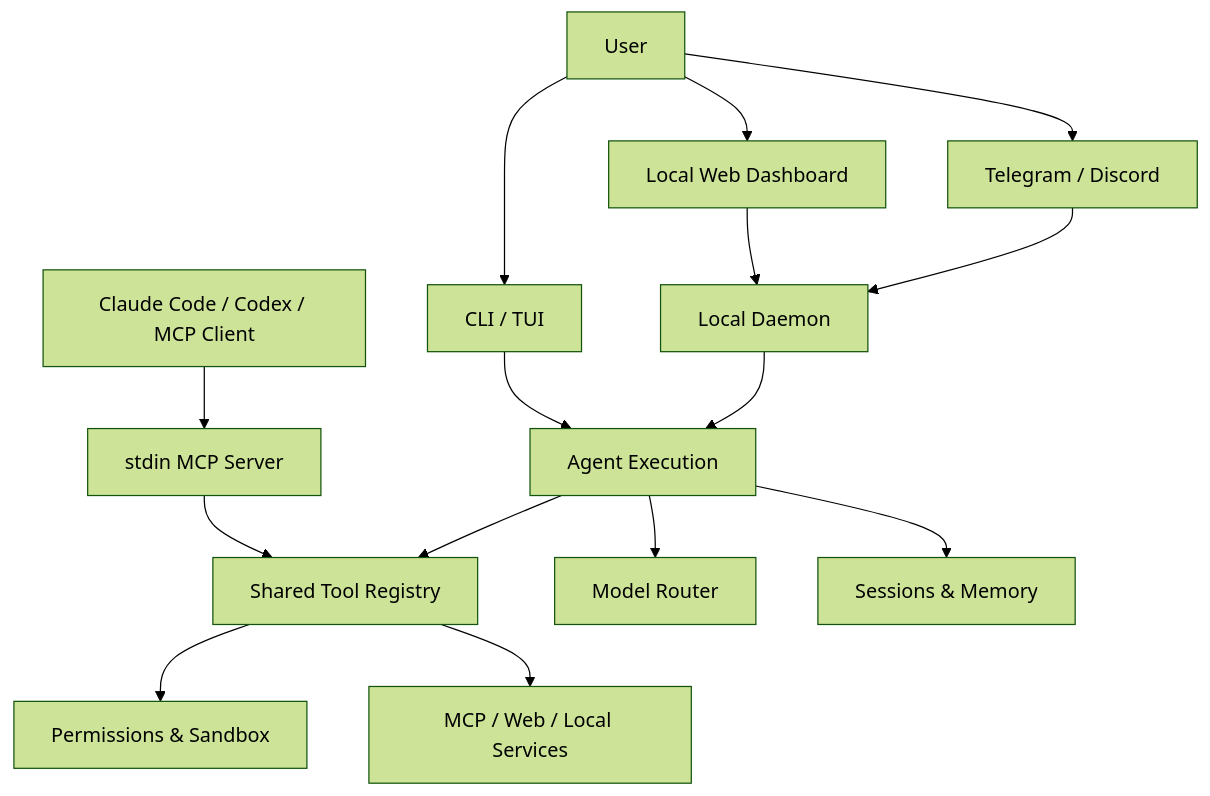
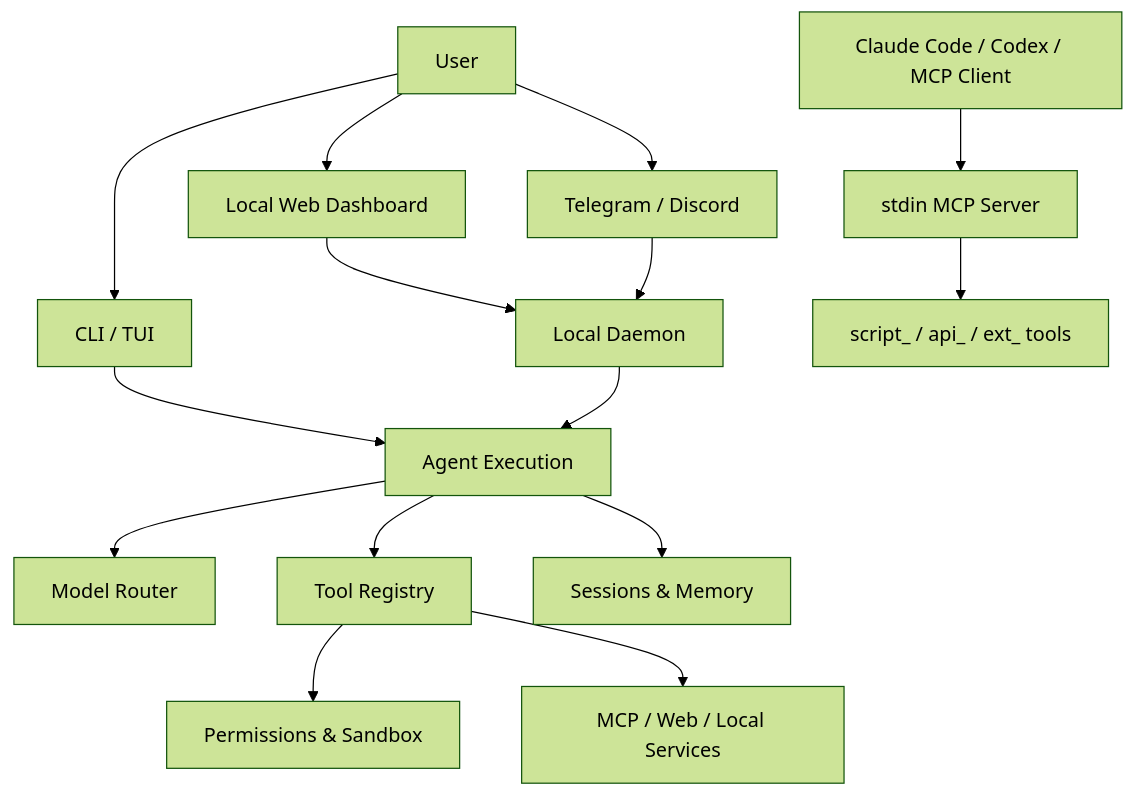
One commit to agenvoy/Agenvoy changed the first of 9 diagrams in doc/architecture.md. Above: the diagram before and after it, drawn with Mermaid (forest theme). The commit also changed other lines of this file and 3 other files, not shown here.

Commit message:
doc: Update architecture and runtime documentation

````diff
--- a/doc/architecture.md
+++ b/doc/architecture.md
@@ -9,17 +9,17 @@
 ```mermaid
 graph TB
     User[User] --> TUI[CLI / TUI]
     User --> Dashboard[Local Web Dashboard]
     User --> Channels[Telegram / Discord]
     Client[Claude Code / Codex / MCP Client] --> MCPServer[stdin MCP Server]
     TUI --> Exec[Agent Execution]
     Dashboard --> Daemon[Local Daemon]
     Channels --> Daemon
     Daemon --> Exec
-    MCPServer --> Tools[Shared Tool Registry]
+    MCPServer --> ToolBox[script_ / api_ / ext_ tools]
     Exec --> Router[Model Router]
-    Exec --> Tools
+    Exec --> Tools[Tool Registry]
     Exec --> Sessions[Sessions & Memory]
     Tools --> Guard[Permissions & Sandbox]
     Tools --> External[MCP / Web / Local Services]
 ```
````
